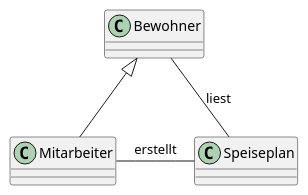
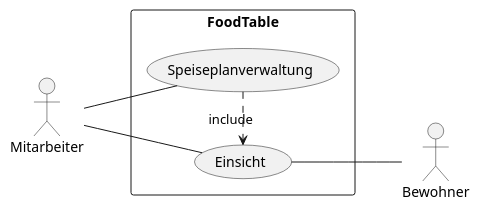
One commit to 1920-3ahif-syp/01-project-prposal-mwllgr changed the third of 4 diagrams in Pflichtenheft_FoodTable.adoc. Above: the diagram before and after it, drawn with PlantUML. The commit also changed other lines of this file, not shown here.

Commit message:
Added Use-Case-diagram

```diff
--- a/Pflichtenheft_FoodTable.adoc
+++ b/Pflichtenheft_FoodTable.adoc
@@ -66,8 +109,14 @@
 [plantuml]
 ....
 @startuml
-Mitarbeiter -right- Speiseplan : erstellt
-Bewohner <|-- Mitarbeiter
-Bewohner -- Speiseplan : liest
+left to right direction
+actor Mitarbeiter
+actor Bewohner
+rectangle FoodTable {
+  Mitarbeiter -- (Einsicht)
+  Mitarbeiter -- (Speiseplanverwaltung)
+  (Speiseplanverwaltung) .> (Einsicht) : include
+  (Einsicht) -- Bewohner
+}
 @enduml
 ....
```
